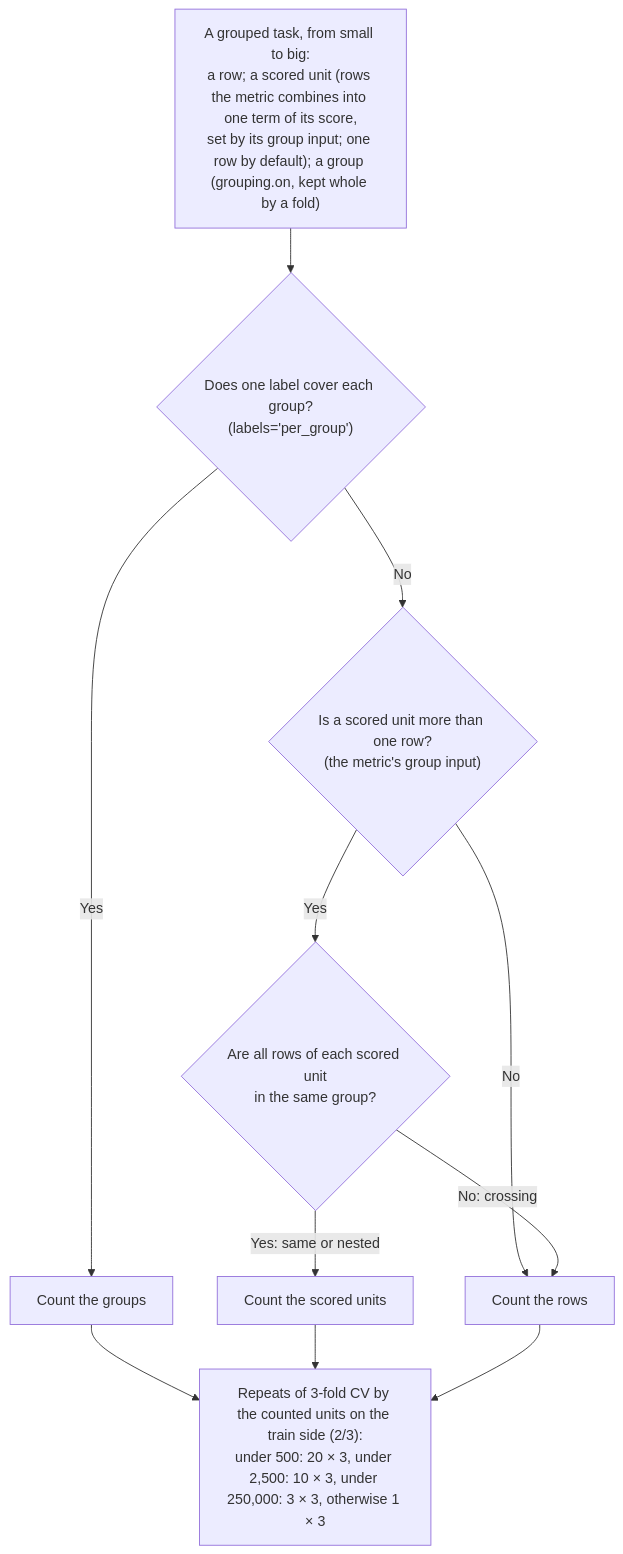
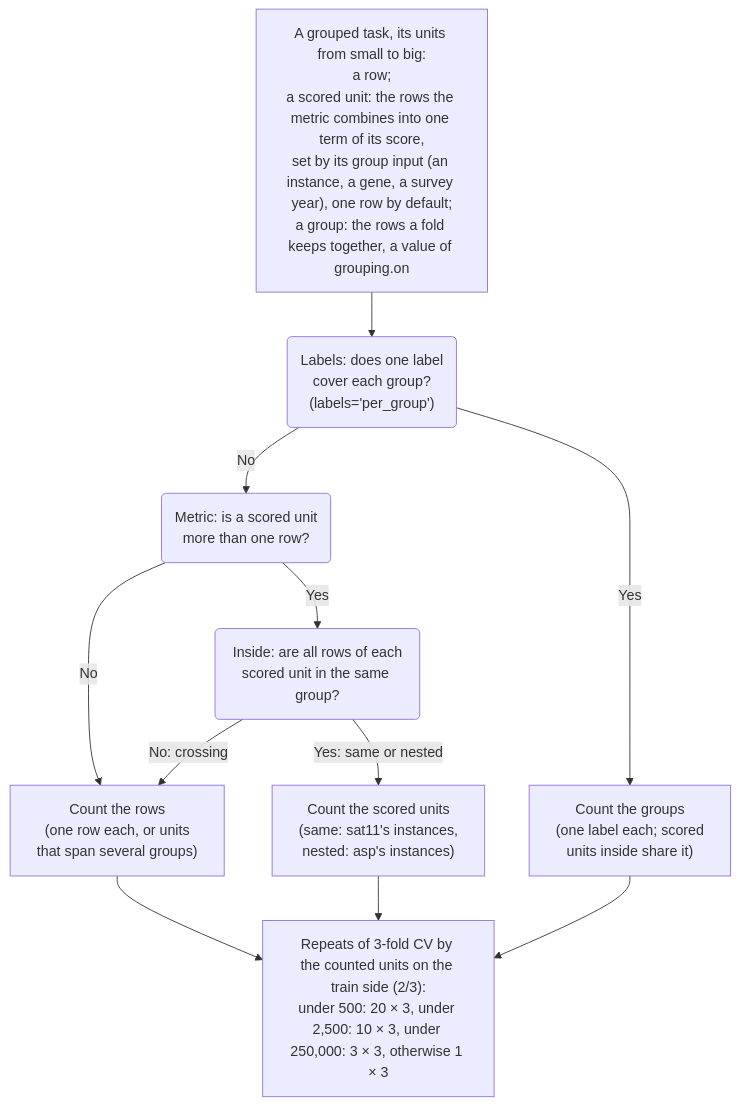
Before and after one commit to TabArena/data-foundry: the second of 2 diagrams in .claude/skills/knowledge-data-foundry/references/split_protocol.md, drawn with Mermaid.

Commit message:
split_protocol.md: the SPLIT-33 tree with its outcomes in one row
The tree in "The units counted (SPLIT-33)" now reads as the review page draws
it: the units from small to big as its input, the three questions (labels,
a scored unit of several rows, all its rows in one group) in boxes, and the
three counts in one row at the bottom (rows, scored units, groups), both "no"
paths into the one rows box.

````diff
--- a/.claude/skills/knowledge-data-foundry/references/split_protocol.md
+++ b/.claude/skills/knowledge-data-foundry/references/split_protocol.md
@@ -96,13 +96,14 @@
 ```mermaid
 flowchart TD
-    A["A grouped task, from small to big:<br/>a row; a scored unit (rows the metric combines into one term of its score,<br/>set by its group input; one row by default); a group (grouping.on, kept whole by a fold)"] --> Q1{"Does one label cover each group?<br/>(labels='per_group')"}
-    Q1 -->|Yes| C1["Count the groups"]
-    Q1 -->|No| Q2{"Is a scored unit more than one row?<br/>(the metric's group input)"}
-    Q2 -->|"No"| C3["Count the rows"]
-    Q2 -->|Yes| Q3{"Are all rows of each scored unit<br/>in the same group?"}
-    Q3 -->|"Yes: same or nested"| C2["Count the scored units"]
+    A["A grouped task, its units from small to big:<br/>a row;<br/>a scored unit: the rows the metric combines into one term of its score,<br/>set by its group input (an instance, a gene, a survey year), one row by default;<br/>a group: the rows a fold keeps together, a value of grouping.on"]
+    A --> Q1("Labels: does one label<br/>cover each group?<br/>(labels='per_group')")
+    Q1 -->|No| Q2("Metric: is a scored unit<br/>more than one row?")
+    Q2 -->|Yes| Q3("Inside: are all rows of each<br/>scored unit in the same group?")
+    Q2 --->|No| C3["Count the rows<br/>(one row each, or units<br/>that span several groups)"]
     Q3 -->|"No: crossing"| C3
-    C1 --> R["Repeats of 3-fold CV by the counted units on the train side (2/3):<br/>under 500: 20 × 3, under 2,500: 10 × 3, under 250,000: 3 × 3, otherwise 1 × 3"]
+    Q3 -->|"Yes: same or nested"| C2["Count the scored units<br/>(same: sat11's instances,<br/>nested: asp's instances)"]
+    Q1 ---->|Yes| C1["Count the groups<br/>(one label each; scored<br/>units inside share it)"]
+    C3 --> R["Repeats of 3-fold CV by the counted units on the train side (2/3):<br/>under 500: 20 × 3, under 2,500: 10 × 3, under 250,000: 3 × 3, otherwise 1 × 3"]
     C2 --> R
-    C3 --> R
+    C1 --> R
 ```
````
